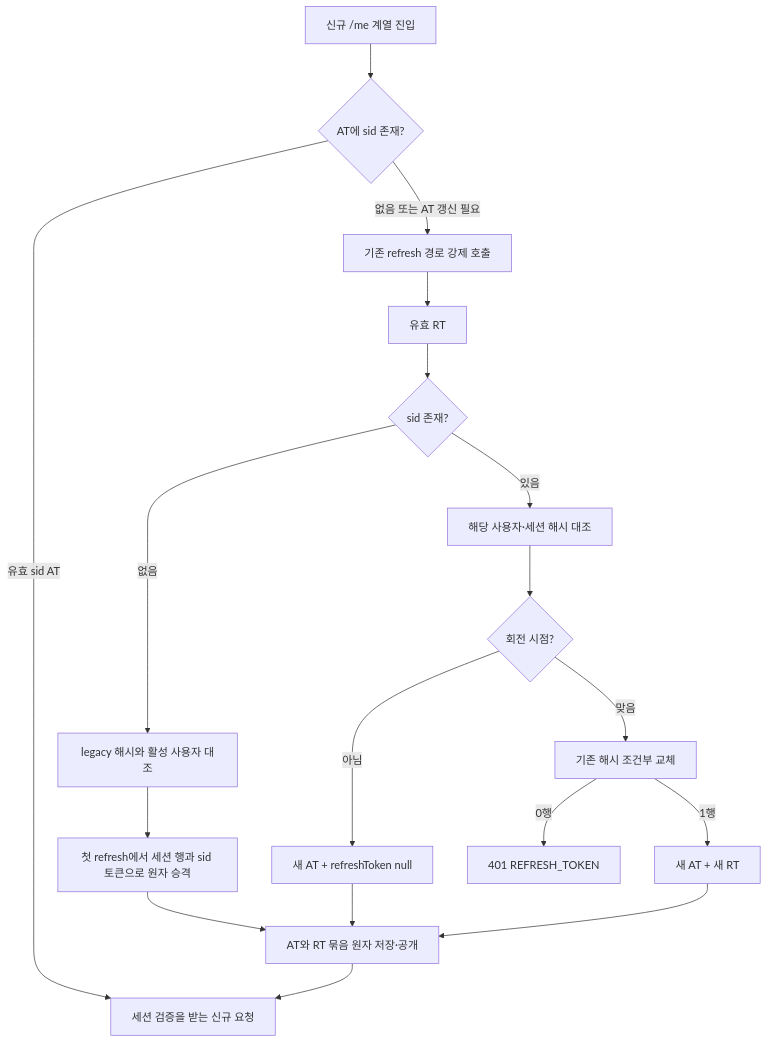
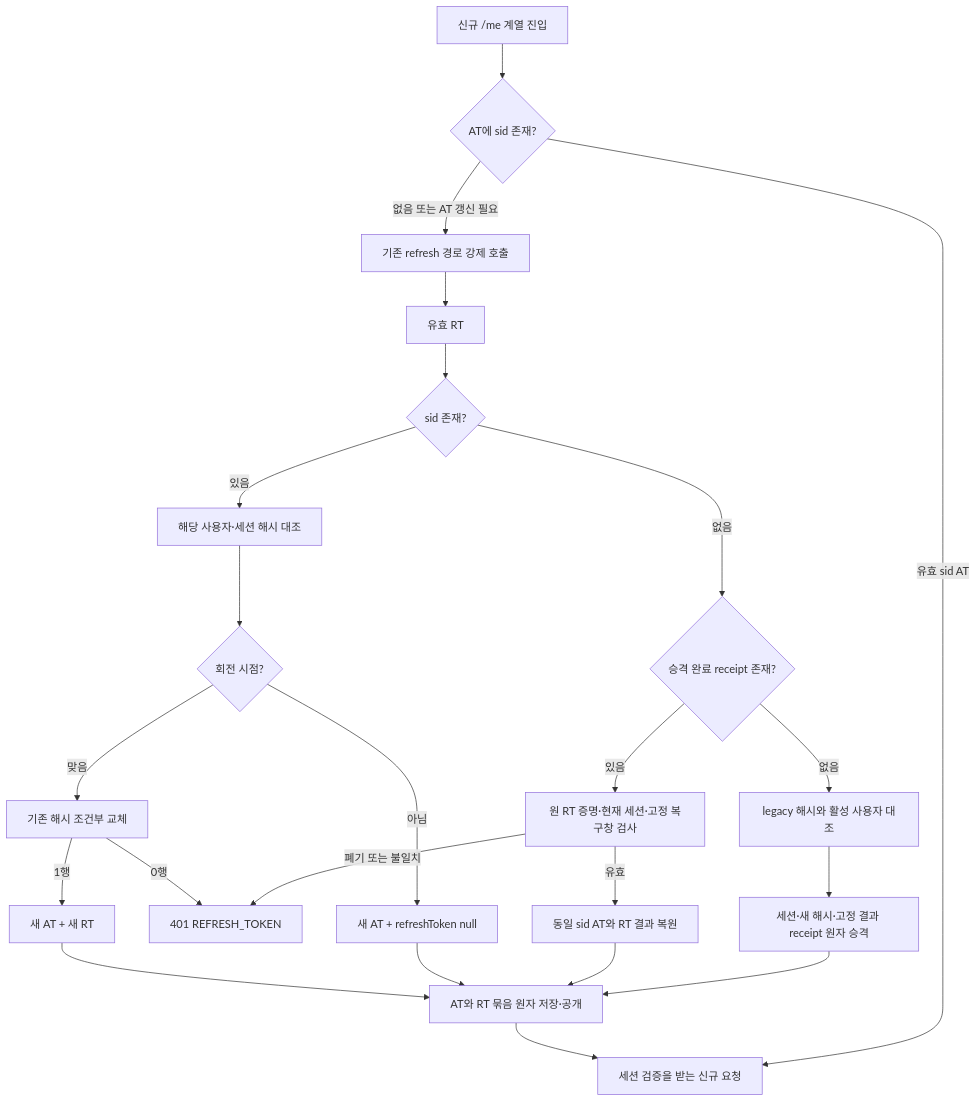
One commit to OneOrThree/phone changed the third of 5 diagrams in docs/prd/account/high-level-design.md. Above: the diagram before and after it, drawn with Mermaid. The commit also changed other lines of this file and 4 other files, not shown here.

````diff
--- a/docs/prd/account/high-level-design.md
+++ b/docs/prd/account/high-level-design.md
@@ -65,20 +67,25 @@
 ```mermaid
 flowchart TD
     Entry[신규 /me 계열 진입] --> AT{AT에 sid 존재?}
     AT -->|없음 또는 AT 갱신 필요| Refresh[기존 refresh 경로 강제 호출]
     AT -->|유효 sid AT| Ready[세션 검증을 받는 신규 요청]
     Refresh --> RT[유효 RT]
     RT --> SID{sid 존재?}
-    SID -->|없음| Legacy[legacy 해시와 활성 사용자 대조]
-    Legacy --> Promote[첫 refresh에서 세션 행과 sid 토큰으로 원자 승격]
+    SID -->|없음| Receipt{승격 완료 receipt 존재?}
+    Receipt -->|있음| Replay[원 RT 증명·현재 세션·고정 복구창 검사]
+    Replay -->|유효| Same[동일 sid AT와 RT 결과 복원]
+    Replay -->|폐기 또는 불일치| Fail
+    Receipt -->|없음| Legacy[legacy 해시와 활성 사용자 대조]
+    Legacy --> Promote[세션·새 해시·고정 결과 receipt 원자 승격]
     SID -->|있음| Session[해당 사용자·세션 해시 대조]
     Session --> Due{회전 시점?}
     Due -->|아님| Keep[새 AT + refreshToken null]
     Due -->|맞음| CAS[기존 해시 조건부 교체]
     CAS -->|1행| New[새 AT + 새 RT]
     CAS -->|0행| Fail[401 REFRESH_TOKEN]
     Promote --> Store[AT와 RT 묶음 원자 저장·공개]
+    Same --> Store
     Keep --> Store
     New --> Store
     Store --> Ready
 ```
````
